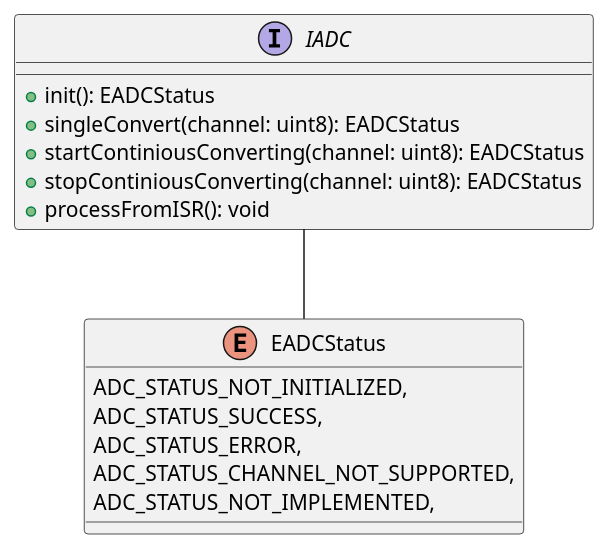
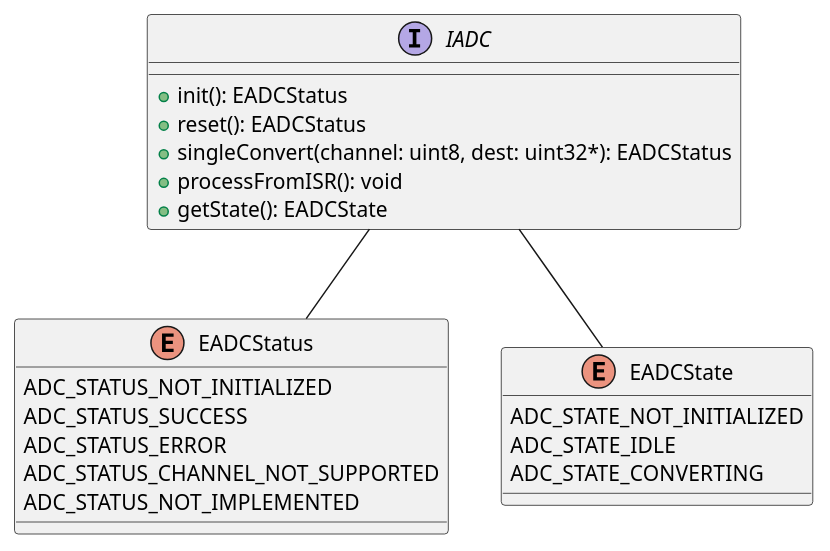
The third of 3 diagrams in docs/technical_docs/software_architecture.md (dieisabel/scilla), drawn with PlantUML before and after one commit. The commit also changed other lines of this file, not shown here.

Commit message:
Add Task and ADC APIs, extend Timers API, software architecture v0.2

````diff
--- a/docs/technical_docs/software_architecture.md
+++ b/docs/technical_docs/software_architecture.md
@@ -76,23 +137,30 @@
 ```plantuml
 @startuml
 
 enum EADCStatus {
-    ADC_STATUS_NOT_INITIALIZED,
-    ADC_STATUS_SUCCESS,
-    ADC_STATUS_ERROR,
-    ADC_STATUS_CHANNEL_NOT_SUPPORTED,
-    ADC_STATUS_NOT_IMPLEMENTED,
+    ADC_STATUS_NOT_INITIALIZED
+    ADC_STATUS_SUCCESS
+    ADC_STATUS_ERROR
+    ADC_STATUS_CHANNEL_NOT_SUPPORTED
+    ADC_STATUS_NOT_IMPLEMENTED
 }
 
 interface IADC {
     + init(): EADCStatus
-    + singleConvert(channel: uint8): EADCStatus
-    + startContiniousConverting(channel: uint8): EADCStatus
-    + stopContiniousConverting(channel: uint8): EADCStatus
+    + reset(): EADCStatus
+    + singleConvert(channel: uint8, dest: uint32*): EADCStatus
     + processFromISR(): void
+    + getState(): EADCState
+}
+
+enum EADCState {
+    ADC_STATE_NOT_INITIALIZED
+    ADC_STATE_IDLE
+    ADC_STATE_CONVERTING
 }
 
 IADC -- EADCStatus
+IADC -- EADCState
 
 @enduml
 ```
````
